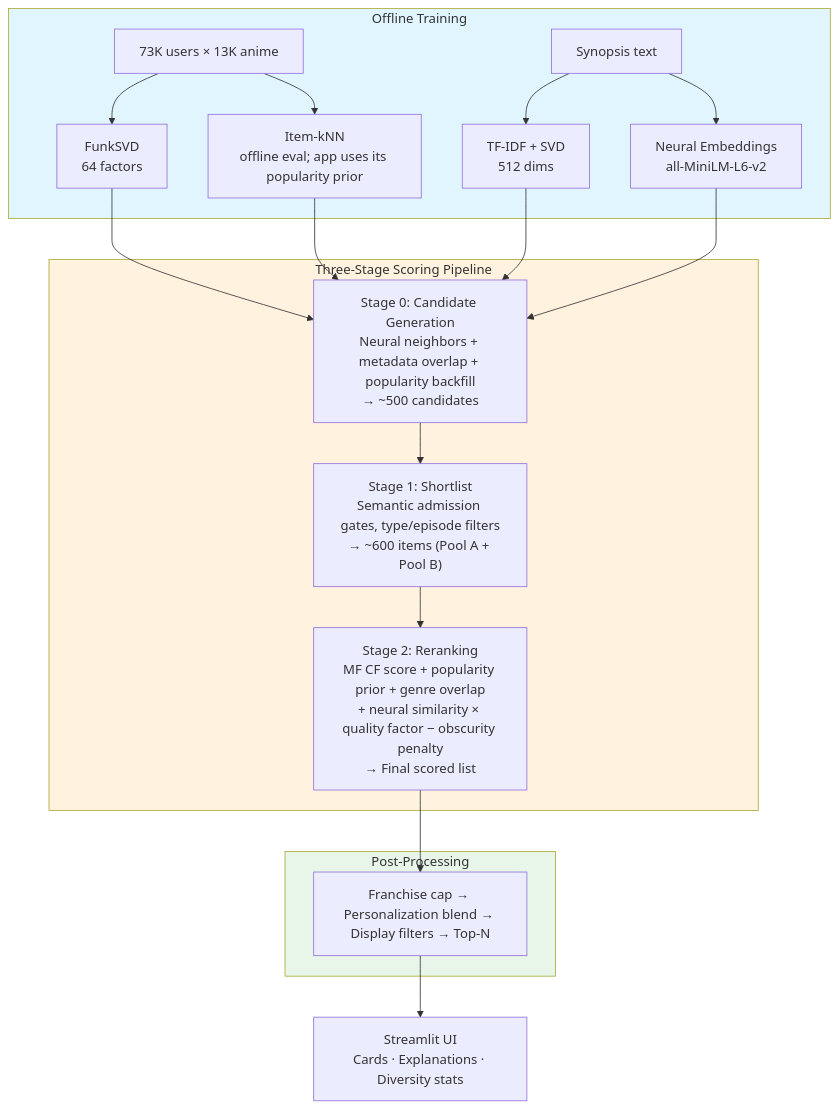
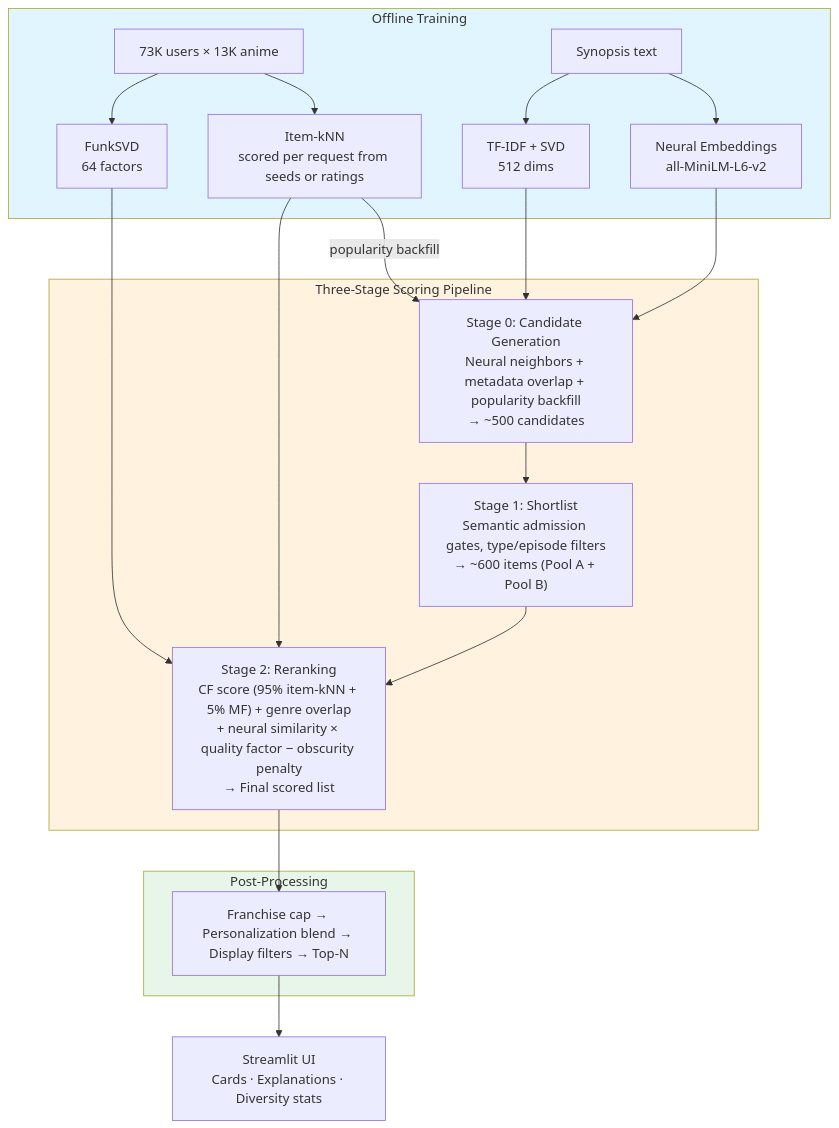
Before and after one commit to daedwards06/MyAnimeRecommendationSystem: the diagram in README.md, drawn with Mermaid. The commit also changed other lines of this file and 14 other files, not shown here.

````diff
--- a/README.md
+++ b/README.md
@@ -75,31 +76,32 @@
 ```mermaid
 graph TB
     subgraph Offline["Offline Training"]
         D1[73K users × 13K anime] --> M1[FunkSVD<br/>64 factors]
-        D1 --> M2[Item-kNN<br/>offline eval; app uses its popularity prior]
+        D1 --> M2[Item-kNN<br/>scored per request from seeds or ratings]
         D2[Synopsis text] --> M3[TF-IDF + SVD<br/>512 dims]
         D2 --> M4[Neural Embeddings<br/>all-MiniLM-L6-v2]
     end
 
     subgraph Pipeline["Three-Stage Scoring Pipeline"]
         S0["Stage 0: Candidate Generation<br/>Neural neighbors + metadata overlap + popularity backfill<br/>→ ~500 candidates"]
         S1["Stage 1: Shortlist<br/>Semantic admission gates, type/episode filters<br/>→ ~600 items (Pool A + Pool B)"]
-        S2["Stage 2: Reranking<br/>MF CF score + popularity prior + genre overlap<br/>+ neural similarity × quality factor − obscurity penalty<br/>→ Final scored list"]
+        S2["Stage 2: Reranking<br/>CF score (95% item-kNN + 5% MF) + genre overlap<br/>+ neural similarity × quality factor − obscurity penalty<br/>→ Final scored list"]
     end
 
     subgraph Post["Post-Processing"]
         PP["Franchise cap → Personalization blend → Display filters → Top-N"]
     end
 
-    M1 --> S0
-    M2 --> S0
+    M1 --> S2
+    M2 --> S2
+    M2 -- popularity backfill --> S0
     M3 --> S0
     M4 --> S0
     S0 --> S1 --> S2 --> PP
 
     PP --> UI["Streamlit UI<br/>Cards · Explanations · Diversity stats"]
 
     style Offline fill:#e1f5ff
     style Pipeline fill:#fff3e0
     style Post fill:#e8f5e9
 ```
````
